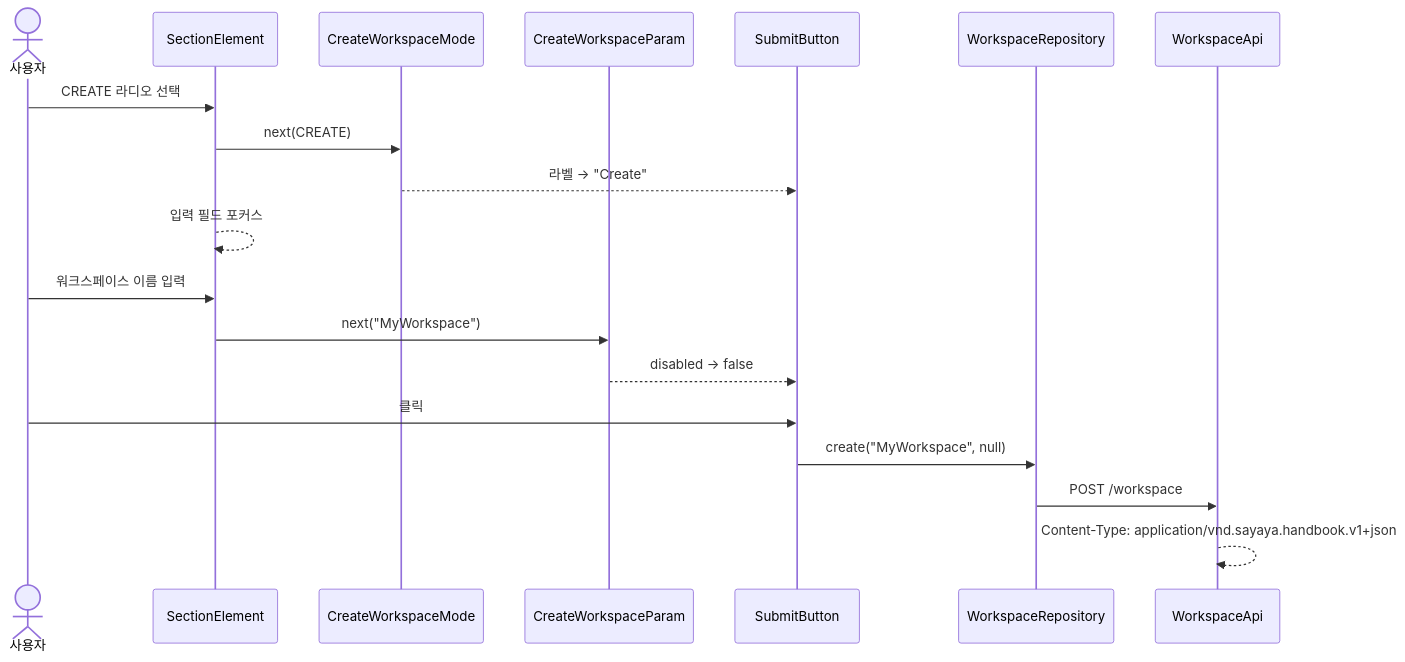
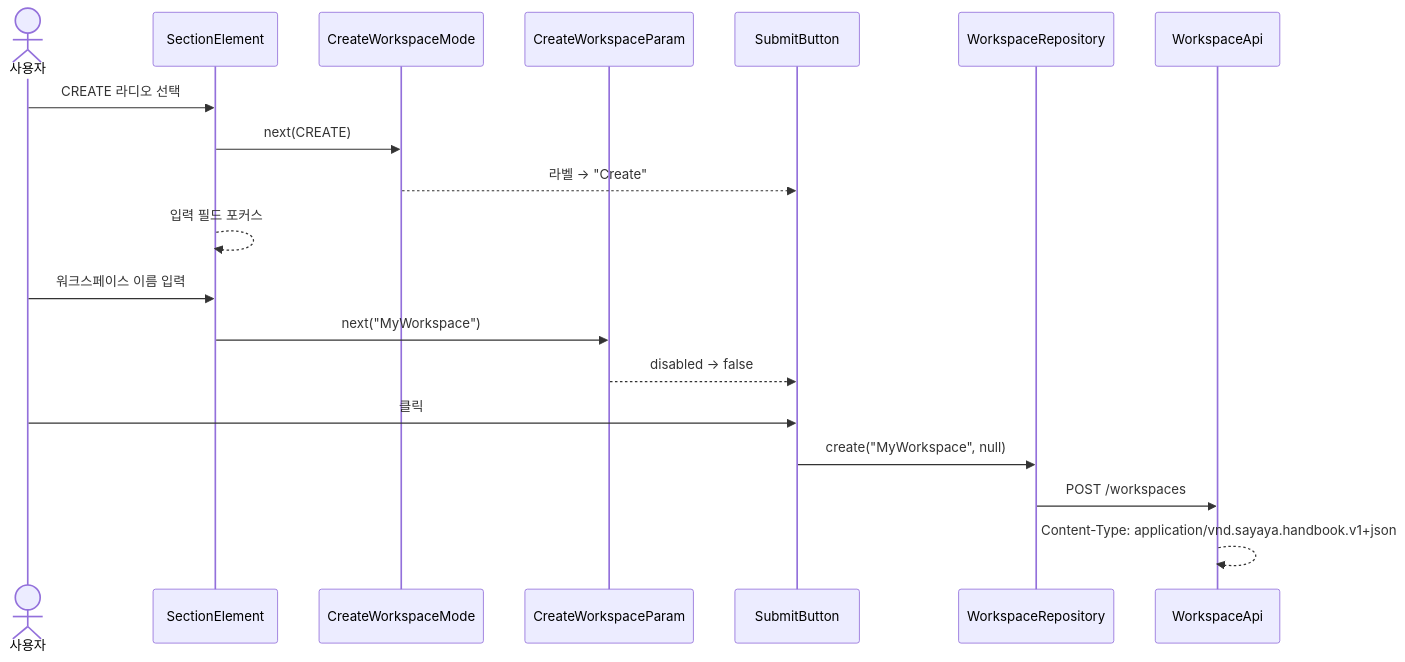
One commit to sayaya1090/handbook changed the second of 5 diagrams in onboarding-ui/USECASE.md. Above: the diagram before and after it, drawn with Mermaid. The commit also changed other lines of this file and 58 other files, not shown here.

````diff
--- a/onboarding-ui/USECASE.md
+++ b/onboarding-ui/USECASE.md
@@ -29,24 +29,24 @@
 ```mermaid
 sequenceDiagram
     actor User as 사용자
     participant Section as SectionElement
     participant Mode as CreateWorkspaceMode
     participant Param as CreateWorkspaceParam
     participant Btn as SubmitButton
     participant Repo as WorkspaceRepository
     participant API as WorkspaceApi
 
     User->>Section: CREATE 라디오 선택
     Section->>Mode: next(CREATE)
     Mode-->>Btn: 라벨 → "Create"
     Section-->>Section: 입력 필드 포커스
 
     User->>Section: 워크스페이스 이름 입력
     Section->>Param: next("MyWorkspace")
     Param-->>Btn: disabled → false
 
     User->>Btn: 클릭
     Btn->>Repo: create("MyWorkspace", null)
-    Repo->>API: POST /workspace
+    Repo->>API: POST /workspaces
     API-->>API: Content-Type: application/vnd.sayaya.handbook.v1+json
 ```
````
